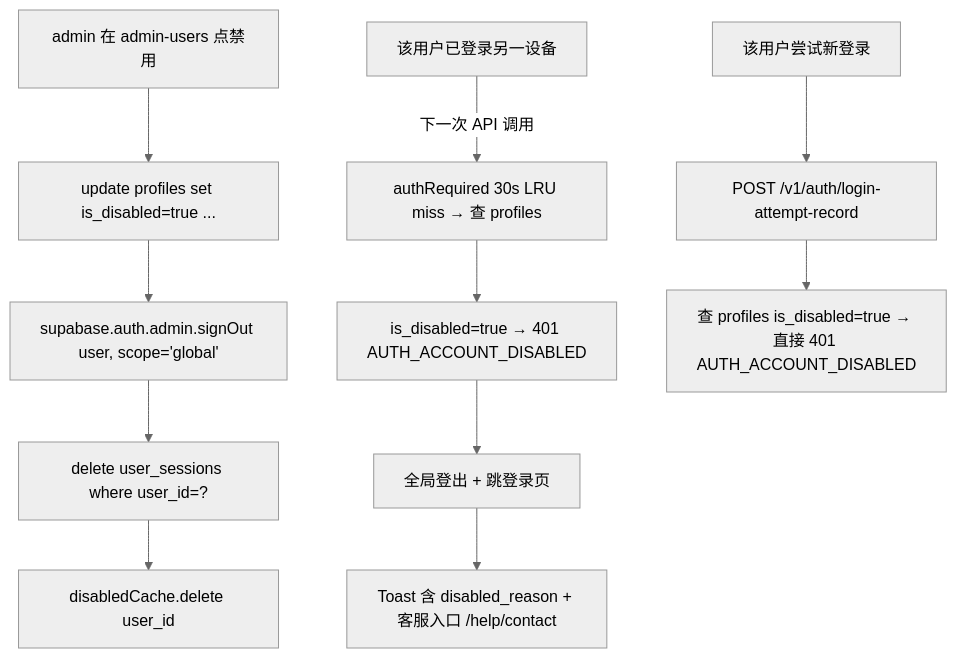
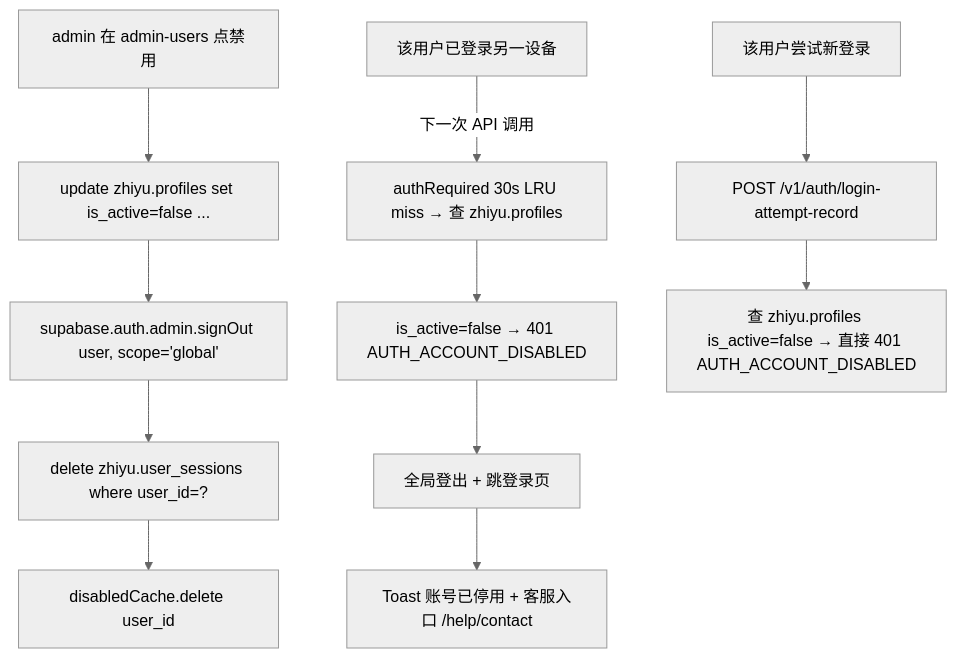
The third of 6 diagrams in docs/C01-requirements/auth/flows/app-exception-flow.md (foryou2026/chinese), drawn with Mermaid (neutral theme) before and after one commit. The commit also changed 18 other files, not shown here.

````diff
--- a/docs/C01-requirements/auth/flows/app-exception-flow.md
+++ b/docs/C01-requirements/auth/flows/app-exception-flow.md
@@ -47,15 +47,15 @@
 ```mermaid
 flowchart TD
-    A[admin 在 admin-users 点禁用] --> B[update profiles set is_disabled=true ...]
+    A[admin 在 admin-users 点禁用] --> B[update zhiyu.profiles set is_active=false ...]
     B --> C[supabase.auth.admin.signOut user, scope='global']
-    C --> D[delete user_sessions where user_id=?]
+    C --> D[delete zhiyu.user_sessions where user_id=?]
     D --> E[disabledCache.delete user_id]
 
-    F[该用户已登录另一设备] -->|下一次 API 调用| G[authRequired 30s LRU miss → 查 profiles]
-    G --> H[is_disabled=true → 401 AUTH_ACCOUNT_DISABLED]
+    F[该用户已登录另一设备] -->|下一次 API 调用| G[authRequired 30s LRU miss → 查 zhiyu.profiles]
+    G --> H[is_active=false → 401 AUTH_ACCOUNT_DISABLED]
     H --> I[全局登出 + 跳登录页]
-    I --> J[Toast 含 disabled_reason + 客服入口 /help/contact]
+    I --> J[Toast 账号已停用 + 客服入口 /help/contact]
 
     K[该用户尝试新登录] --> L[POST /v1/auth/login-attempt-record]
-    L --> M[查 profiles is_disabled=true → 直接 401 AUTH_ACCOUNT_DISABLED]
+    L --> M[查 zhiyu.profiles is_active=false → 直接 401 AUTH_ACCOUNT_DISABLED]
 ```
````
